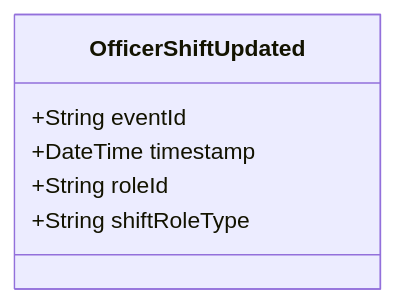
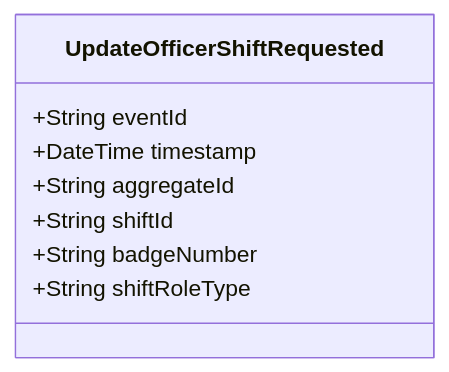
Before and after one commit to pgraff/police-system: the diagram in doc/events/OfficerShiftUpdated.md, drawn with Mermaid. The commit also changed other lines of this file and 58 other files, not shown here.

````diff
--- a/doc/events/OfficerShiftUpdated.md
+++ b/doc/events/OfficerShiftUpdated.md
@@ -9,9 +9,11 @@
 ```mermaid
 classDiagram
-    class OfficerShiftUpdated {
+    class UpdateOfficerShiftRequested {
         +String eventId
         +DateTime timestamp
-        +String roleId
+        +String aggregateId
+        +String shiftId
+        +String badgeNumber
         +String shiftRoleType
     }
 ```
````
